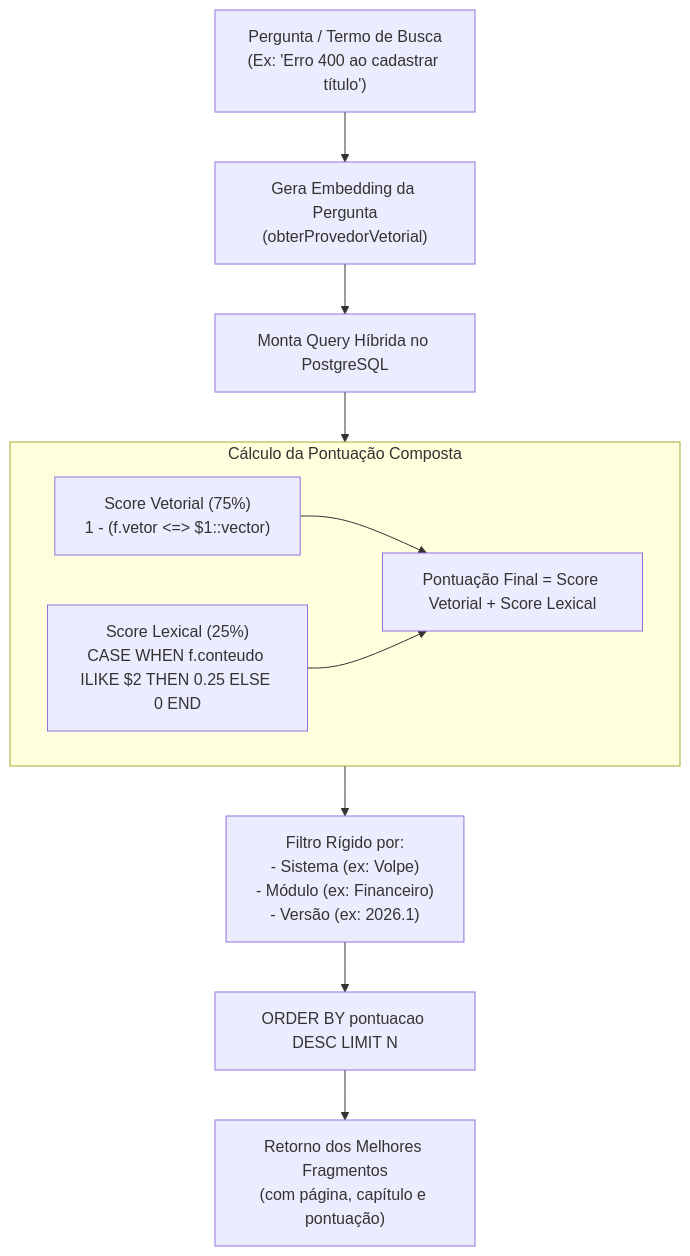
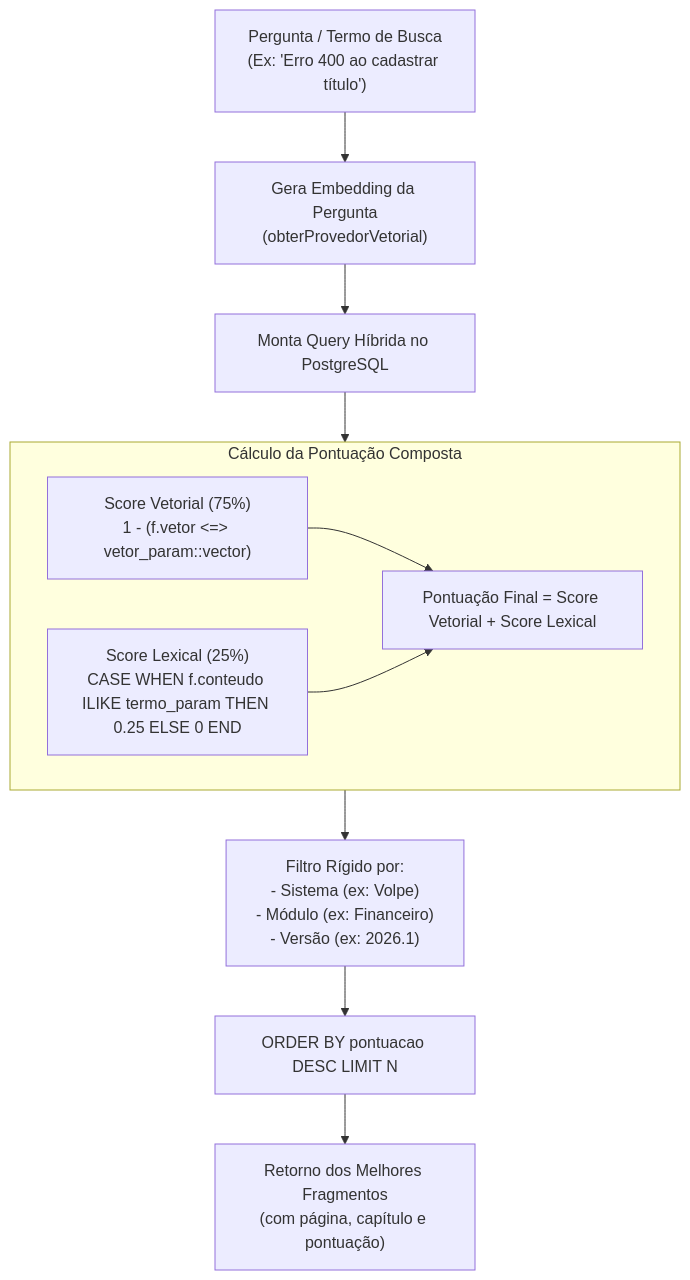
One commit to MatheusRafaDev/doc-mind changed the third of 6 diagrams in docs/SYSTEM_ARCHITECTURE.md. Above: the diagram before and after it, drawn with Mermaid. The commit also changed 1 other file, not shown here.

Commit message:
docs: remove blocos matematicos KaTeX com cifrao para evitar erro de parse

````diff
--- a/docs/SYSTEM_ARCHITECTURE.md
+++ b/docs/SYSTEM_ARCHITECTURE.md
@@ -144,18 +144,18 @@
 ```mermaid
 flowchart TD
     Q["Pergunta / Termo de Busca\n(Ex: 'Erro 400 ao cadastrar título')"] --> Embed["Gera Embedding da Pergunta\n(obterProvedorVetorial)"]
     Embed --> SQL["Monta Query Híbrida no PostgreSQL"]
 
     subgraph Pontuacao ["Cálculo da Pontuação Composta"]
-        VScore["Score Vetorial (75%)\n1 - (f.vetor <=> $1::vector)"]
-        LScore["Score Lexical (25%)\nCASE WHEN f.conteudo ILIKE $2 THEN 0.25 ELSE 0 END"]
+        VScore["Score Vetorial (75%)\n1 - (f.vetor <=> vetor_param::vector)"]
+        LScore["Score Lexical (25%)\nCASE WHEN f.conteudo ILIKE termo_param THEN 0.25 ELSE 0 END"]
         Comb["Pontuação Final = Score Vetorial + Score Lexical"]
         VScore --> Comb
         LScore --> Comb
     end
 
     SQL --> Pontuacao
     Pontuacao --> Filtro["Filtro Rígido por:\n- Sistema (ex: Volpe)\n- Módulo (ex: Financeiro)\n- Versão (ex: 2026.1)"]
     Filtro --> Ordenacao["ORDER BY pontuacao DESC LIMIT N"]
     Ordenacao --> Res["Retorno dos Melhores Fragmentos\n(com página, capítulo e pontuação)"]
 ```
````
